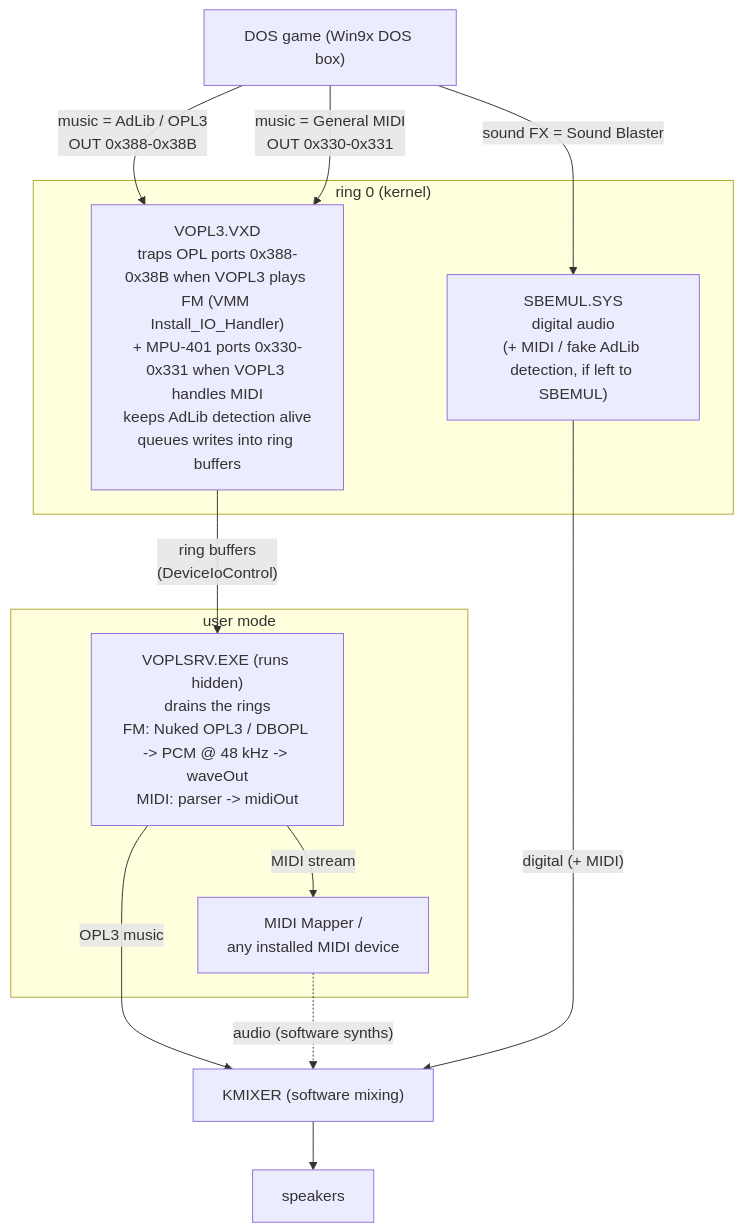
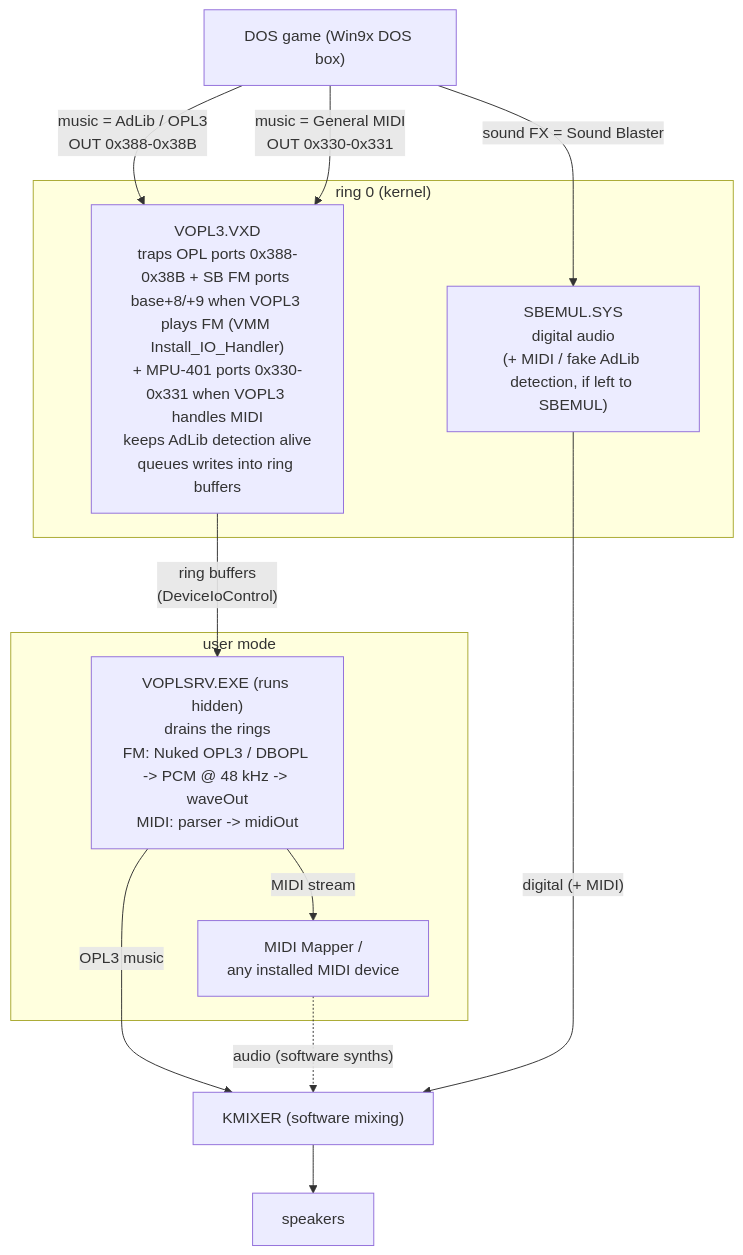
One commit to sdz-mods/VOPL3 changed the diagram in README.md. Above: the diagram before and after it, drawn with Mermaid. The commit also changed other lines of this file and 4 other files, not shown here.

Commit message:
vxd: trap the SB FM ports 2x8/2x9 as well as 388-38B

````diff
--- a/README.md
+++ b/README.md
@@ -48,24 +49,24 @@
 ```mermaid
 flowchart TD
     G["DOS game (Win9x DOS box)"]
 
     subgraph k["ring 0 (kernel)"]
-        VXD["VOPL3.VXD<br/>traps OPL ports 0x388-0x38B when VOPL3 plays FM (VMM Install_IO_Handler)<br/>+ MPU-401 ports 0x330-0x331 when VOPL3 handles MIDI<br/>keeps AdLib detection alive<br/>queues writes into ring buffers"]
+        VXD["VOPL3.VXD<br/>traps OPL ports 0x388-0x38B + SB FM ports base+8/+9 when VOPL3 plays FM (VMM Install_IO_Handler)<br/>+ MPU-401 ports 0x330-0x331 when VOPL3 handles MIDI<br/>keeps AdLib detection alive<br/>queues writes into ring buffers"]
         SB["SBEMUL.SYS<br/>digital audio<br/>(+ MIDI / fake AdLib detection, if left to SBEMUL)"]
     end
 
     subgraph u["user mode"]
         SRV["VOPLSRV.EXE (runs hidden)<br/>drains the rings<br/>FM: Nuked OPL3 / DBOPL -> PCM @ 48 kHz -> waveOut<br/>MIDI: parser -> midiOut"]
         SYN["MIDI Mapper /<br/>any installed MIDI device"]
     end
 
     G -- "music = AdLib / OPL3<br/>OUT 0x388-0x38B" --> VXD
     G -- "music = General MIDI<br/>OUT 0x330-0x331" --> VXD
     G -- "sound FX = Sound Blaster" --> SB
     VXD -- "ring buffers<br/>(DeviceIoControl)" --> SRV
     SRV -- "OPL3 music" --> KMIX["KMIXER (software mixing)"]
     SRV -- "MIDI stream" --> SYN
     SYN -. "audio (software synths)" .-> KMIX
     SB -- "digital (+ MIDI)" --> KMIX
     KMIX --> SPK["speakers"]
 ```
````
